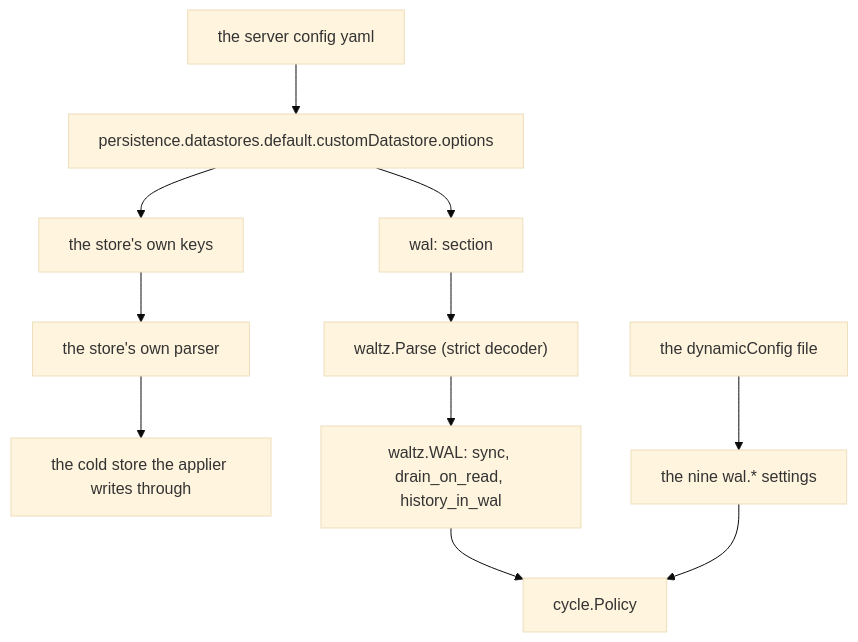
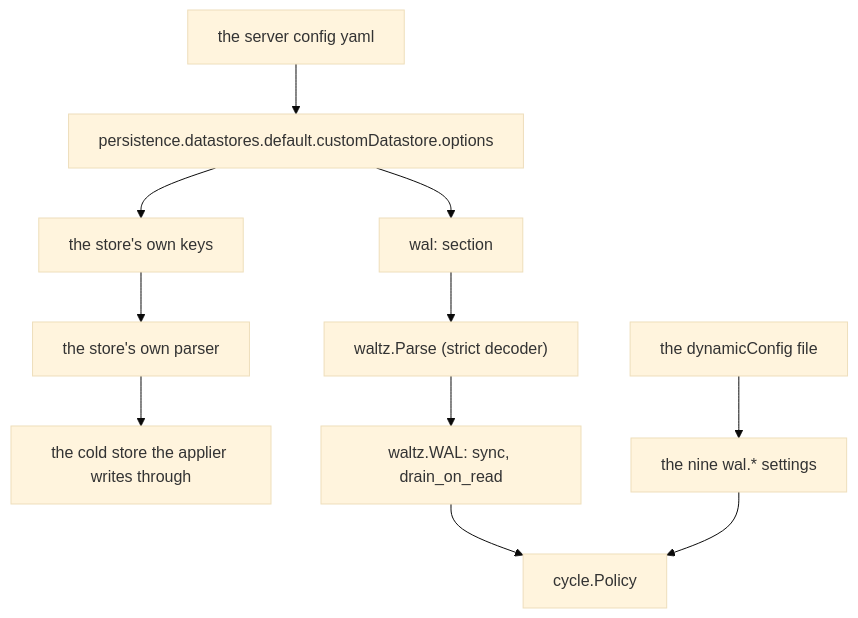
Before and after one commit to aromanovich/waltz: the first of 3 diagrams in docs/handbook/08-configuration.md, drawn with Mermaid (base theme). The commit also changed other lines of this file and 9 other files, not shown here.

````diff
--- a/docs/handbook/08-configuration.md
+++ b/docs/handbook/08-configuration.md
@@ -91,13 +94,13 @@
 ```mermaid
 flowchart TD
   F["the server config yaml"] --> P["persistence.datastores.default.customDatastore.options"]
   P --> A["the store's own keys"]
   P --> B["wal: section"]
   A --> C["the store's own parser"]
   B --> D["waltz.Parse (strict decoder)"]
   C --> E["the cold store the applier writes through"]
-  D --> G["waltz.WAL: sync, drain_on_read, history_in_wal"]
+  D --> G["waltz.WAL: sync, drain_on_read"]
   H["the dynamicConfig file"] --> I["the nine wal.* settings"]
   G --> J["cycle.Policy"]
   I --> J
 ```
````
